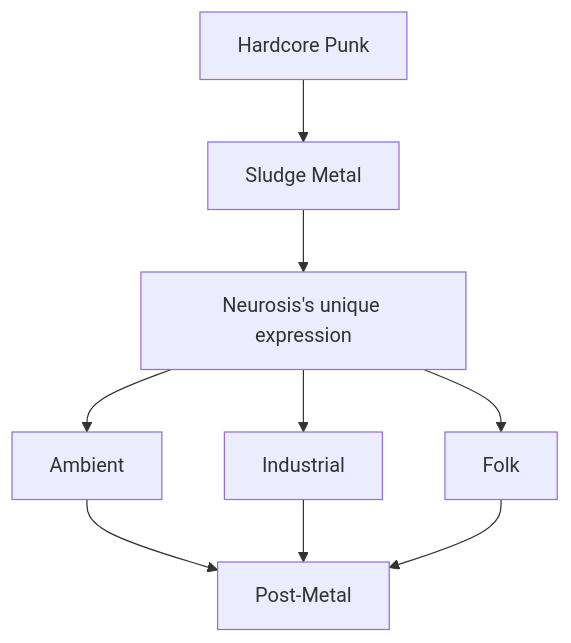
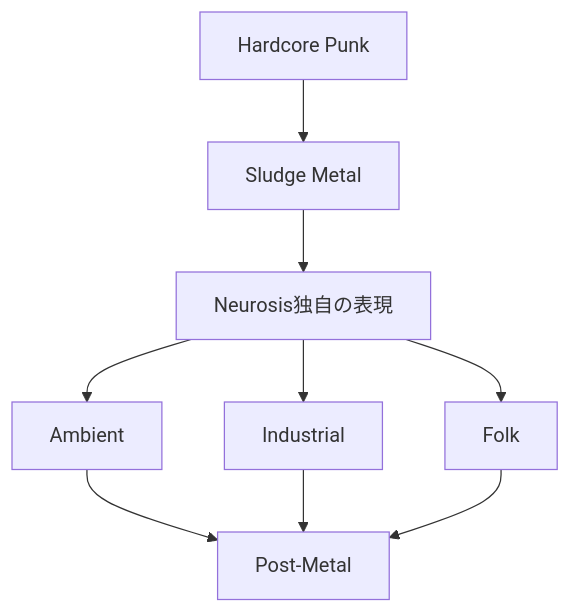
One commit to monumental-movement/monumental-movement.github.io changed the fourth of 7 diagrams in en/_posts/2026-07-18-column-neurosis.md. Above: the diagram before and after it, drawn with Mermaid. The commit also changed other lines of this file and 2196 other files, not shown here.

```diff
--- a/en/_posts/2026-07-18-column-neurosis.md
+++ b/en/_posts/2026-07-18-column-neurosis.md
@@ -890,28 +890,28 @@
 <div class="mermaid">
 graph TD
 
 A[Hardcore Punk]
 -->B[Sludge Metal]
 
 B
--->C[Neurosis's unique expression]
+-->C[Neurosis独自の表現]
 
 C
 -->D[Ambient]
 
 C
 -->E[Industrial]
 
 C
 -->F[Folk]
 
 D
 -->G[Post-Metal]
 
 E
 -->G
 
 F
 -->G
 
 </div>
```
